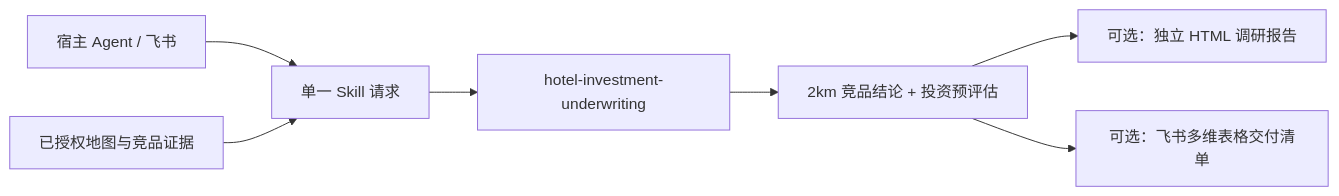
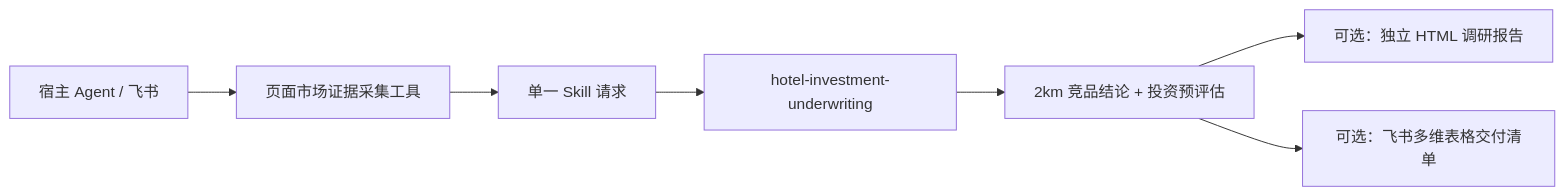
One commit to laotie567/zhijing-hotel-investment-underwriting changed the diagram in README.md. Above: the diagram before and after it, drawn with Mermaid. The commit also changed other lines of this file and 40 other files, not shown here.

````diff
--- a/README.md
+++ b/README.md
@@ -16,9 +17,9 @@
 ```mermaid
 flowchart LR
-    H["宿主 Agent / 飞书"] --> R["单一 Skill 请求"]
-    E["已授权地图与竞品证据"] --> R
+    H["宿主 Agent / 飞书"] --> E["页面市场证据采集工具"]
+    E --> R["单一 Skill 请求"]
     R --> S["hotel-investment-underwriting"]
     S --> O["2km 竞品结论 + 投资预评估"]
     O --> H1["可选：独立 HTML 调研报告"]
     O --> B["可选：飞书多维表格交付清单"]
 ```
````
